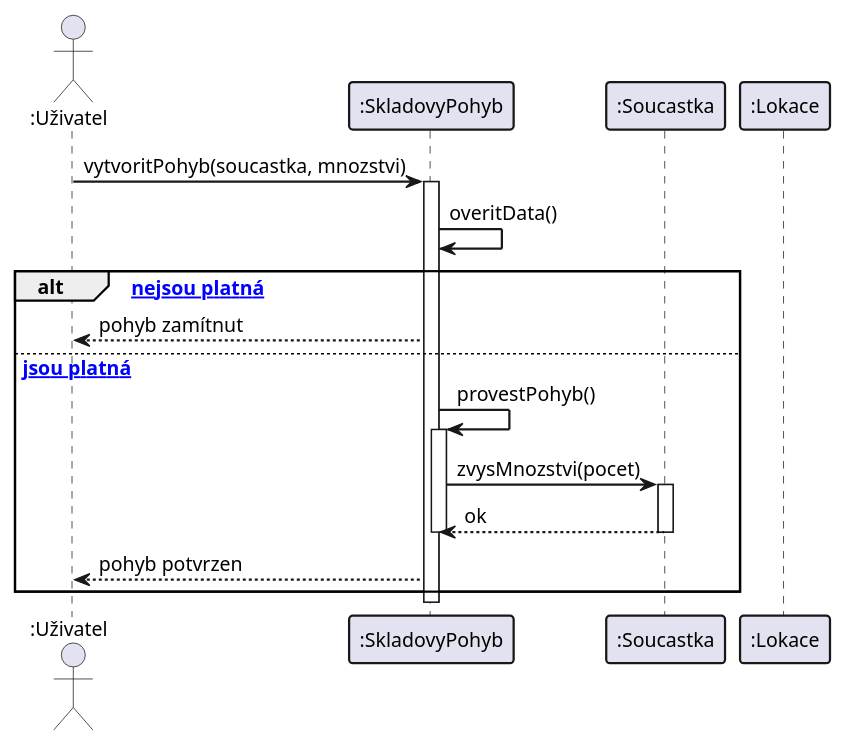
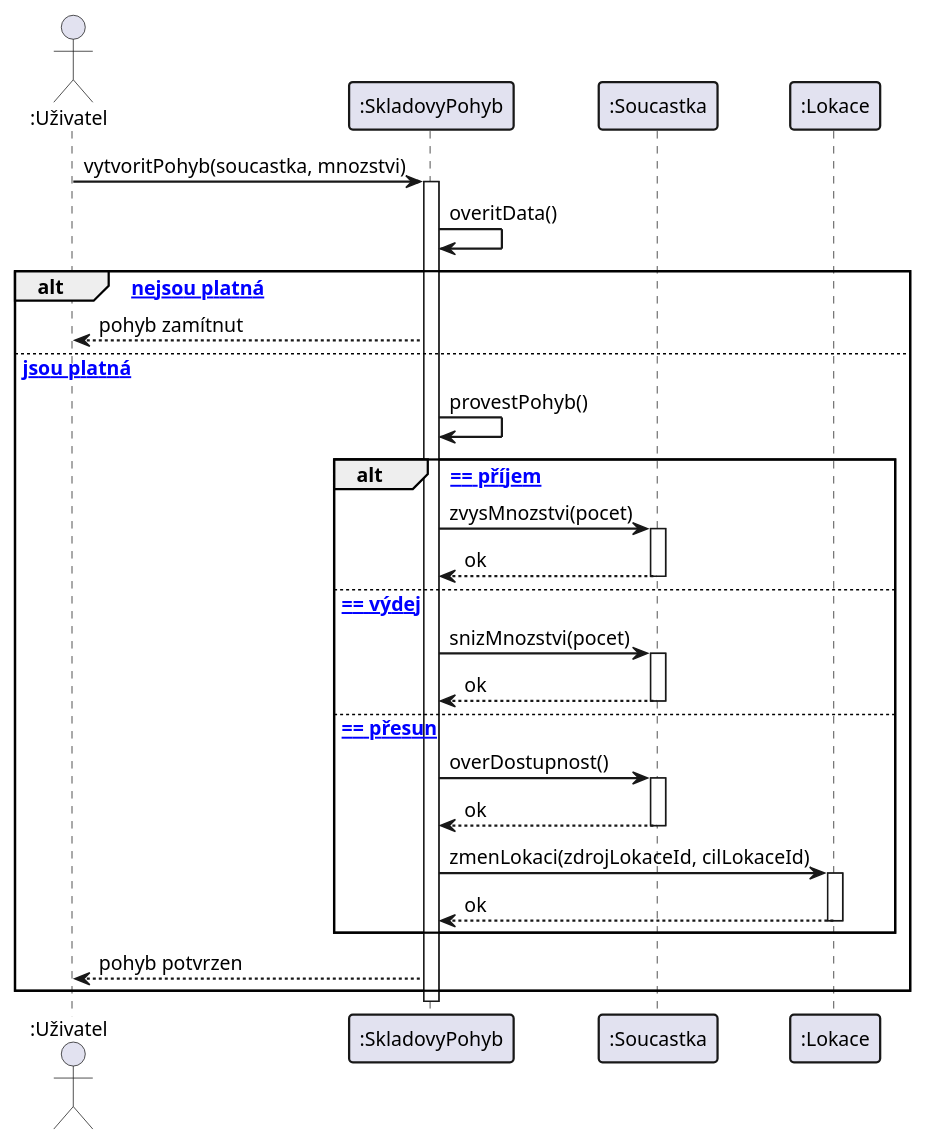
Before and after one commit to lkvapil/kOdevzdaniProjektWMS: the diagram in diagrams/13_sequence_pohyb.puml, drawn with PlantUML. The commit also changed 1 other file, not shown here.

Commit message:
Sekvenční diagram – větvení vráceno, konzistentní s aktivit diagramem

```diff
--- a/diagrams/13_sequence_pohyb.puml
+++ b/diagrams/13_sequence_pohyb.puml
@@ -1,39 +1,51 @@
 @startuml
 skinparam defaultFontSize 13
 skinparam sequenceArrowThickness 1.5
 skinparam sequenceParticipantBorderThickness 1.5
 skinparam sequenceGroupBorderThickness 1.5
-
-' Sekvenční diagram ukazuje příjem jako příklad scénáře
-' SkladovyPohyb je abstraktní – konkrétní chování zajistí podtřída
 
 actor ":Uživatel" as Uzivatel
 participant ":SkladovyPohyb" as Pohyb
 participant ":Soucastka" as Soucastka
 participant ":Lokace" as Lokace
 
 Uzivatel -> Pohyb : vytvoritPohyb(soucastka, mnozstvi)
 activate Pohyb
 
 Pohyb -> Pohyb : overitData()
 
 alt [data nejsou platná]
     Pohyb --> Uzivatel : pohyb zamítnut
 
 else [data jsou platná]
     Pohyb -> Pohyb : provestPohyb()
-    activate Pohyb
 
-    ' příklad scénáře příjmu – konkrétní podtřída PrijemPohyb
-    Pohyb -> Soucastka : zvysMnozstvi(pocet)
-    activate Soucastka
-    Soucastka --> Pohyb : ok
-    deactivate Soucastka
+    alt [typ == příjem]
+        Pohyb -> Soucastka : zvysMnozstvi(pocet)
+        activate Soucastka
+        Soucastka --> Pohyb : ok
+        deactivate Soucastka
 
-    deactivate Pohyb
+    else [typ == výdej]
+        Pohyb -> Soucastka : snizMnozstvi(pocet)
+        activate Soucastka
+        Soucastka --> Pohyb : ok
+        deactivate Soucastka
+
+    else [typ == přesun]
+        Pohyb -> Soucastka : overDostupnost()
+        activate Soucastka
+        Soucastka --> Pohyb : ok
+        deactivate Soucastka
+        Pohyb -> Lokace : zmenLokaci(zdrojLokaceId, cilLokaceId)
+        activate Lokace
+        Lokace --> Pohyb : ok
+        deactivate Lokace
+    end
+
     Pohyb --> Uzivatel : pohyb potvrzen
 end
 
 deactivate Pohyb
 
 @enduml
```
